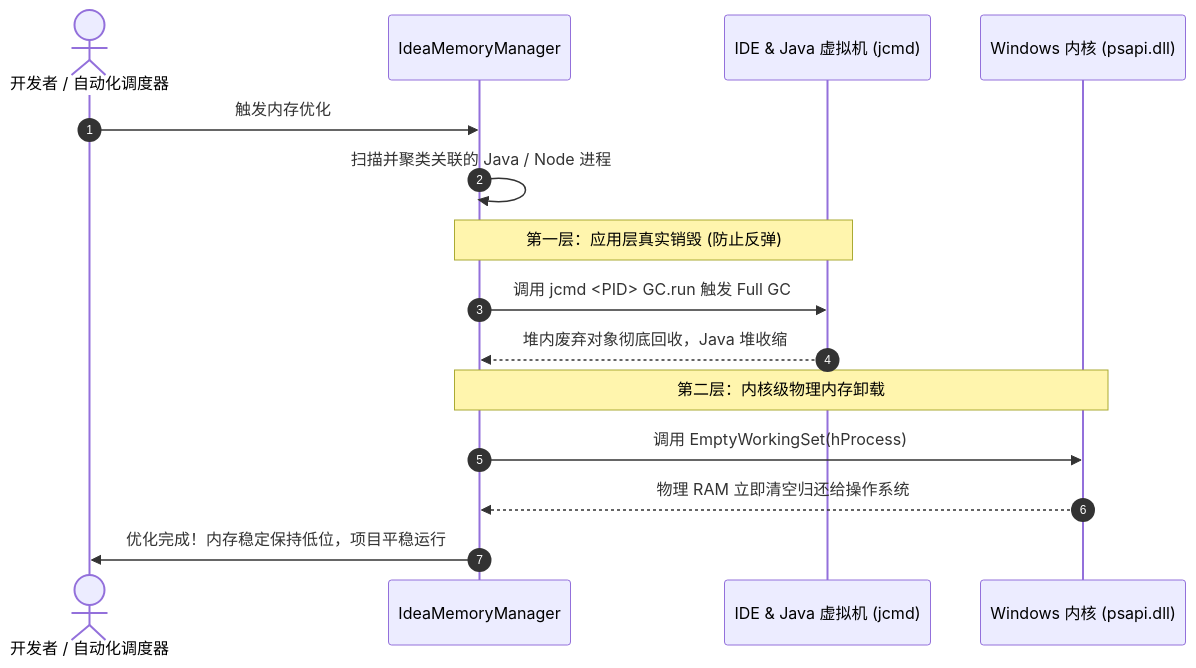
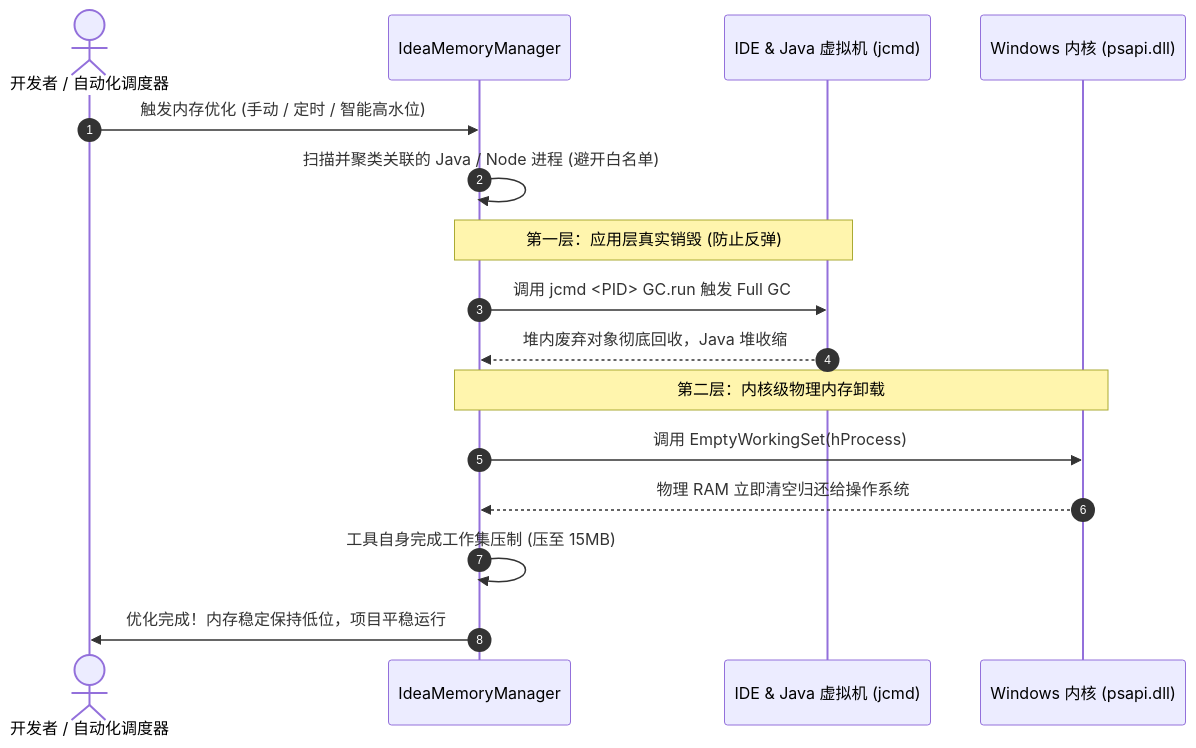
One commit to BowlongRise/IdeaMemoryManager changed the diagram in README_CN.md. Above: the diagram before and after it, drawn with Mermaid. The commit also changed other lines of this file and 15 other files, not shown here.

Commit message:
feat: add idle-aware GC, process drawer, sparkline chart and JVM telemetry (v1.1.0)

````diff
--- a/README_CN.md
+++ b/README_CN.md
@@ -51,18 +59,19 @@
 ```mermaid
 sequenceDiagram
     autonumber
     actor Dev as 开发者 / 自动化调度器
     participant Mgr as IdeaMemoryManager
     participant JVM as IDE & Java 虚拟机 (jcmd)
     participant Kernel as Windows 内核 (psapi.dll)
 
-    Dev->>Mgr: 触发内存优化
-    Mgr->>Mgr: 扫描并聚类关联的 Java / Node 进程
+    Dev->>Mgr: 触发内存优化 (手动 / 定时 / 智能高水位)
+    Mgr->>Mgr: 扫描并聚类关联的 Java / Node 进程 (避开白名单)
     Note over Mgr,JVM: 第一层：应用层真实销毁 (防止反弹)
     Mgr->>JVM: 调用 jcmd <PID> GC.run 触发 Full GC
     JVM-->>Mgr: 堆内废弃对象彻底回收，Java 堆收缩
     Note over Mgr,Kernel: 第二层：内核级物理内存卸载
     Mgr->>Kernel: 调用 EmptyWorkingSet(hProcess)
     Kernel-->>Mgr: 物理 RAM 立即清空归还给操作系统
+    Mgr->>Mgr: 工具自身完成工作集压制 (压至 15MB)
     Mgr->>Dev: 优化完成！内存稳定保持低位，项目平稳运行
 ```
````
